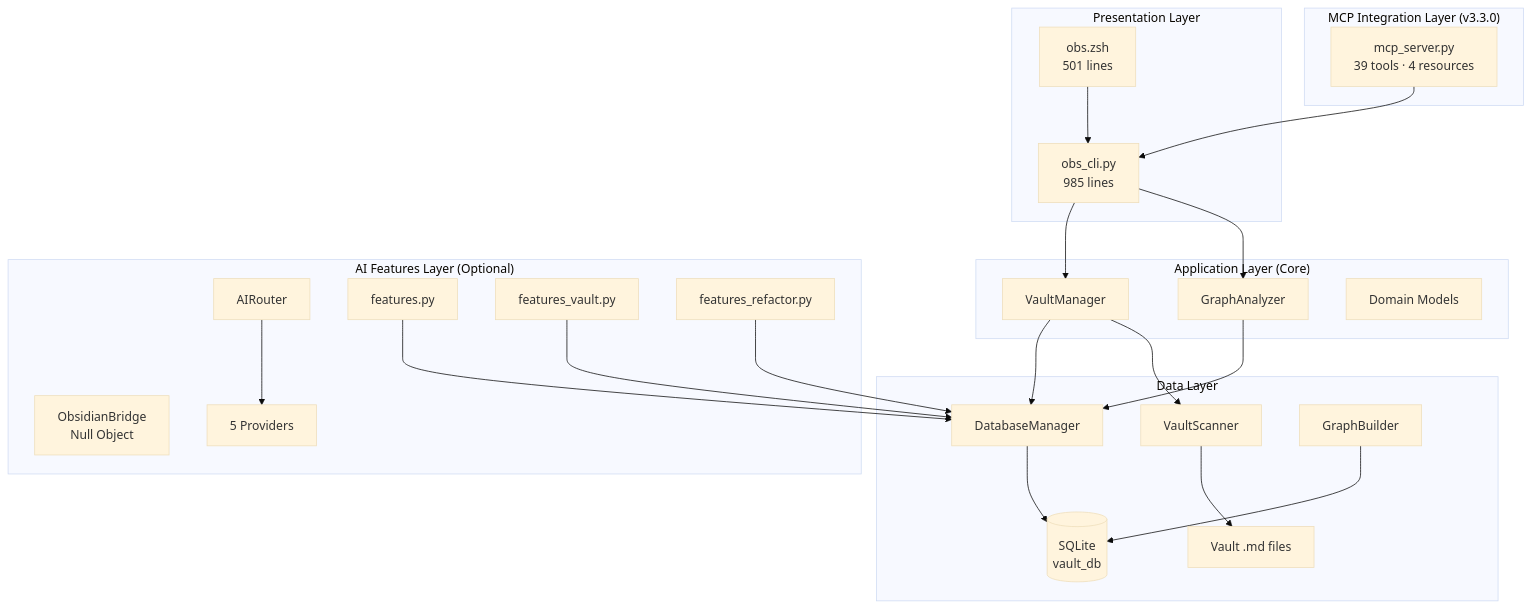
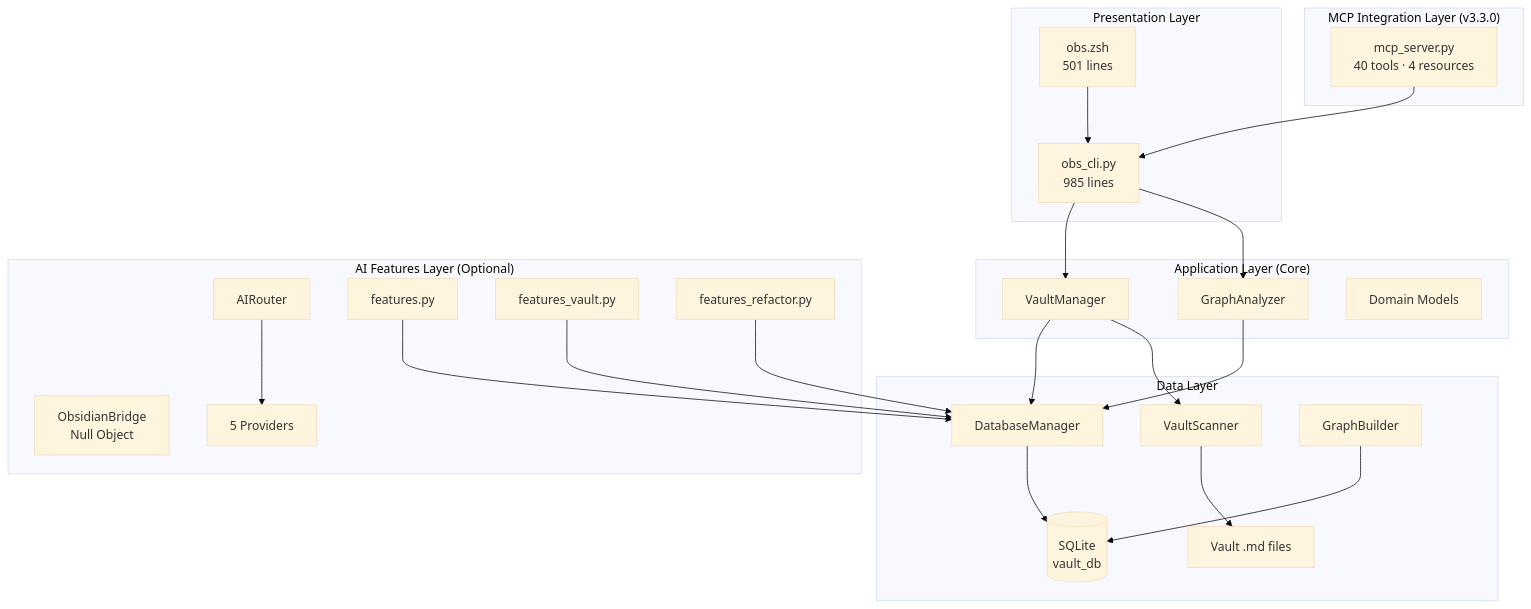
The first of 10 diagrams in docs_mkdocs/developer/architecture.md (Data-Wise/obsidian-cli-ops), drawn with Mermaid (base theme) before and after one commit. The commit also changed other lines of this file and 12 other files, not shown here.

First line of the commit message:
feat(mcp): expose running-server version + restart_recommended (#53)

````diff
--- a/docs_mkdocs/developer/architecture.md
+++ b/docs_mkdocs/developer/architecture.md
@@ -11,49 +11,49 @@
 ```mermaid
 flowchart TD
     subgraph Presentation["Presentation Layer"]
         Z[obs.zsh\n501 lines]
         P[obs_cli.py\n985 lines]
     end
 
     subgraph MCP["MCP Integration Layer (v3.3.0)"]
-        M[mcp_server.py\n39 tools · 4 resources]
+        M[mcp_server.py\n40 tools · 4 resources]
     end
 
     subgraph Core["Application Layer (Core)"]
         VM[VaultManager]
         GA[GraphAnalyzer]
         DM[Domain Models]
     end
 
     subgraph AI["AI Features Layer (Optional)"]
         AR[AIRouter]
         FT[features.py]
         FV[features_vault.py]
         FR[features_refactor.py]
         OB[ObsidianBridge\nNull Object]
         PR[5 Providers]
     end
 
     subgraph Data["Data Layer"]
         DB[DatabaseManager]
         VS[VaultScanner]
         GB[GraphBuilder]
         SQ[(SQLite\nvault_db)]
         FS[Vault .md files]
     end
 
     Z --> P
     P --> VM
     P --> GA
     M --> P
     VM --> DB
     GA --> DB
     VM --> VS
     VS --> FS
     FT --> DB
     FV --> DB
     FR --> DB
     AR --> PR
     DB --> SQ
     GB --> SQ
 ```
````
